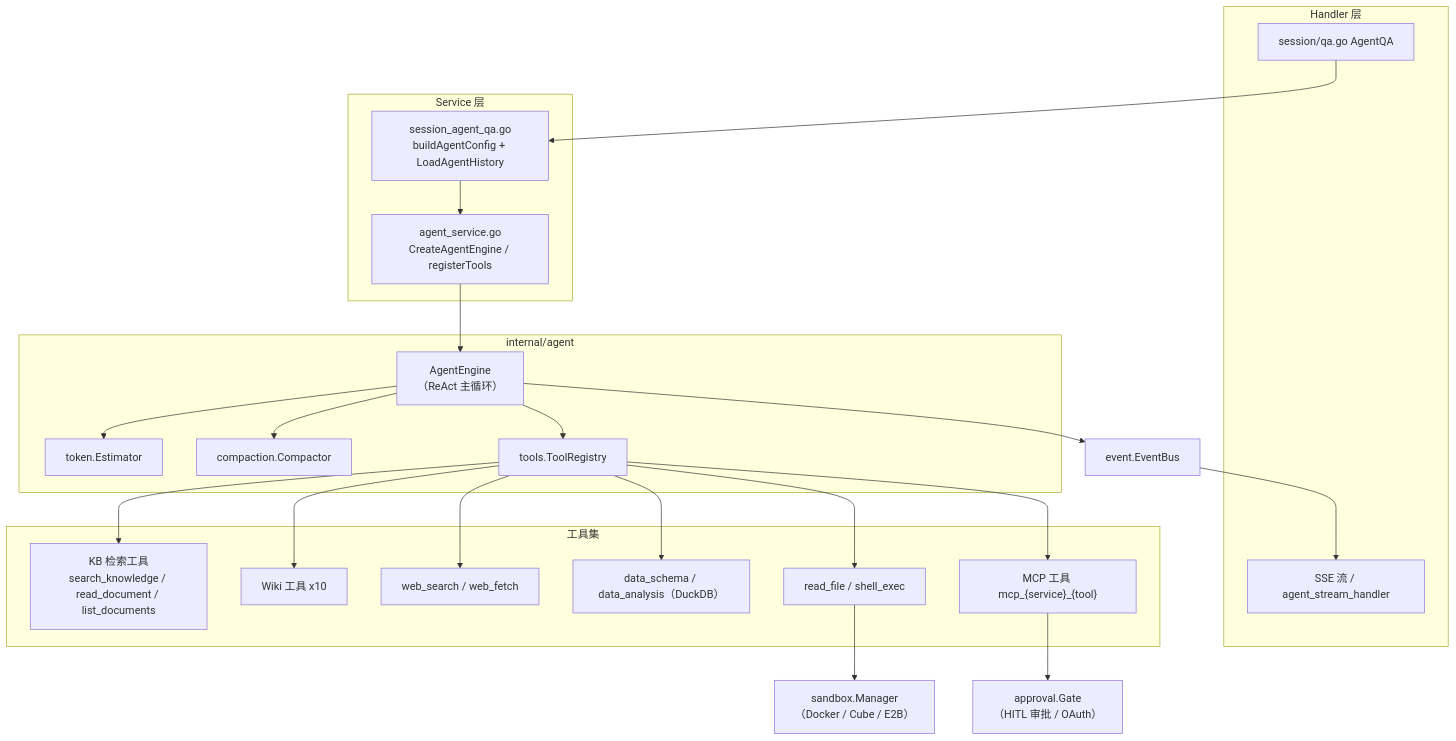
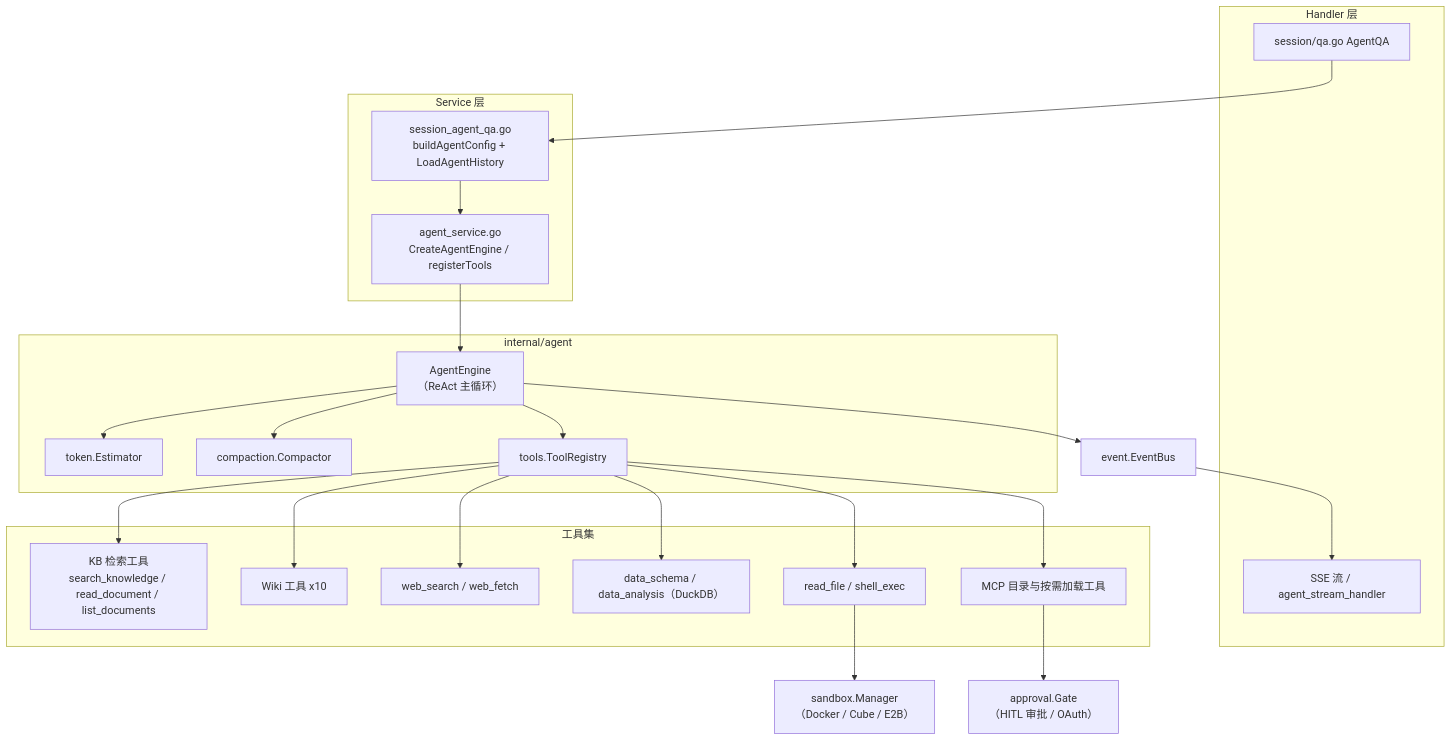
One commit to michadel/WeKnora changed the first of 3 diagrams in website-docs/03-features/07-agent.md. Above: the diagram before and after it, drawn with Mermaid. The commit also changed other lines of this file and 141 other files, not shown here.

````diff
--- a/website-docs/03-features/07-agent.md
+++ b/website-docs/03-features/07-agent.md
@@ -233,42 +235,42 @@
 ```mermaid
 flowchart TB
     subgraph HandlerLayer["Handler 层"]
         H1["session/qa.go AgentQA"]
         SSE["SSE 流 / agent_stream_handler"]
     end
     subgraph ServiceLayer["Service 层"]
         SQA["session_agent_qa.go<br/>buildAgentConfig + LoadAgentHistory"]
         AS["agent_service.go<br/>CreateAgentEngine / registerTools"]
     end
     subgraph EngineLayer["internal/agent"]
         ENG["AgentEngine<br/>（ReAct 主循环）"]
         TOK["token.Estimator"]
         MEM["compaction.Compactor"]
         REG["tools.ToolRegistry"]
     end
     subgraph Tools["工具集"]
         KB["KB 检索工具<br/>search_knowledge / read_document / list_documents"]
         WIKI["Wiki 工具 x10"]
         WEB["web_search / web_fetch"]
         DATA["data_schema / data_analysis（DuckDB）"]
         SKILL["read_file / shell_exec"]
-        MCP["MCP 工具 mcp_{service}_{tool}"]
+        MCP["MCP 目录与按需加载工具"]
     end
     GATE["approval.Gate<br/>（HITL 审批 / OAuth）"]
     SBX["sandbox.Manager<br/>（Docker / Cube / E2B）"]
     EB["event.EventBus"]
 
     H1 --> SQA --> AS --> ENG
     ENG --> TOK
     ENG --> MEM
     ENG --> REG
     REG --> KB
     REG --> WIKI
     REG --> WEB
     REG --> DATA
     REG --> SKILL
     REG --> MCP
     MCP --> GATE
     SKILL --> SBX
     ENG --> EB --> SSE
 ```
````
